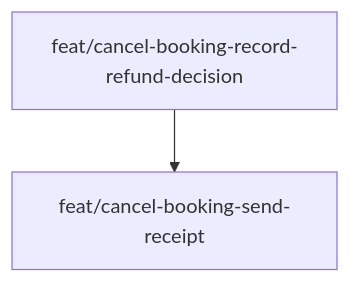
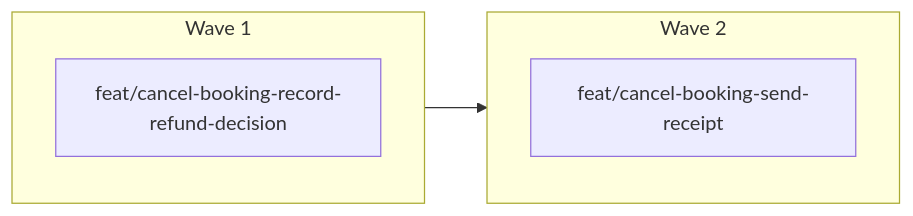
Before and after one commit to Crav1on/crav1-spec-kit: the diagram in scripts/tests/goldens/build-map.md, drawn with Mermaid. The commit also changed other lines of this file and 27 other files, not shown here.

````diff
--- a/scripts/tests/goldens/build-map.md
+++ b/scripts/tests/goldens/build-map.md
@@ -5,6 +5,12 @@
 ```mermaid
-flowchart TD
-  b1["feat/cancel-booking-record-refund-decision"]
-  b2["feat/cancel-booking-send-receipt"]
+flowchart LR
+  subgraph w1["Wave 1"]
+    direction TB
+    b1["feat/cancel-booking-record-refund-decision"]
+  end
+  subgraph w2["Wave 2"]
+    direction TB
+    b2["feat/cancel-booking-send-receipt"]
+  end
   b1 --> b2
 ```
````
